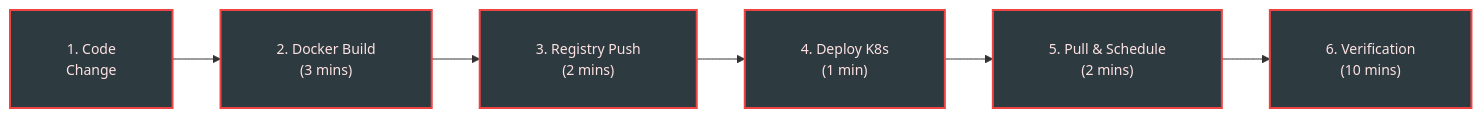
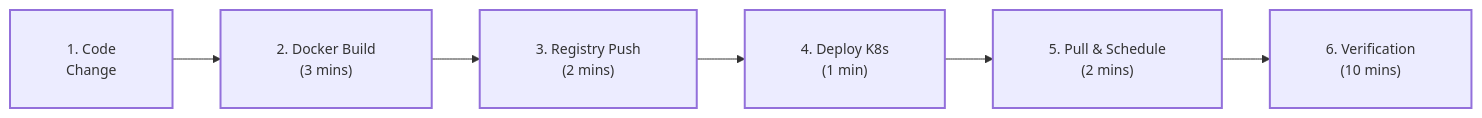
Before and after one commit to gefyrahq/gefyra: the first of 2 diagrams in gefyra-docs/content/en/index.md, drawn with Mermaid. The commit also changed other lines of this file and 12 other files, not shown here.

Commit message:
feat(#MARKETING-1226): update theme and styling for Mermaid diagrams across documentation

````diff
--- a/gefyra-docs/content/en/index.md
+++ b/gefyra-docs/content/en/index.md
@@ -159,7 +159,7 @@
   ```mermaid
   %%{init: {'flowchart': {'padding': 28, 'nodeSpacing': 36, 'rankSpacing': 48, 'diagramPadding': 20}, 'themeVariables': { 'fontSize': '14px' }}}%%
   flowchart LR
       T1["1. Code<br/>Change"] --> T2["2. Docker Build<br/>(3 mins)"] --> T3["3. Registry Push<br/>(2 mins)"] --> T4["4. Deploy K8s<br/>(1 min)"] --> T5["5. Pull & Schedule<br/>(2 mins)"] --> T6["6. Verification<br/>(10 mins)"]
-      classDef trad fill:#2d3b41,stroke:#ef4444,stroke-width:2px,color:#fee2e2;
+      classDef trad stroke-width:2px;
       class T1,T2,T3,T4,T5,T6 trad;
   ```
````
